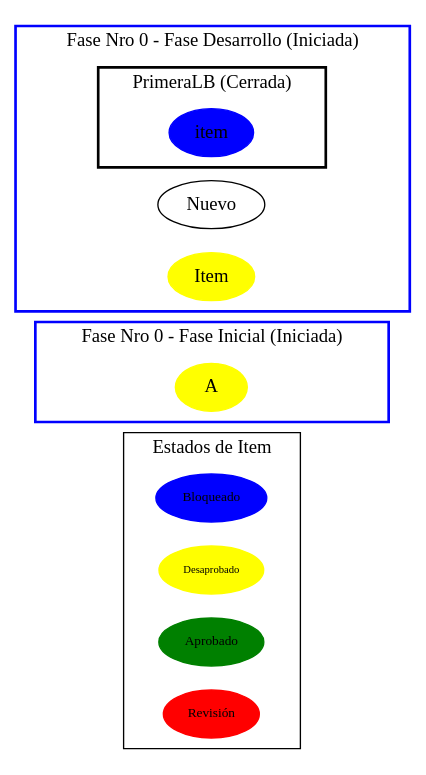
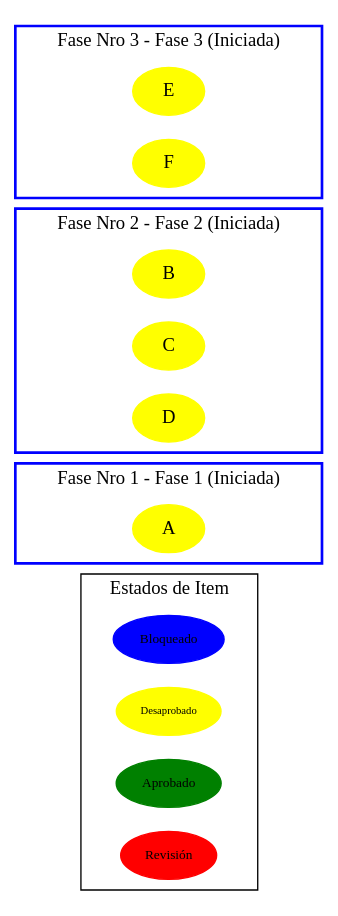
One commit to amigleon92/ProyectoIS2 changed the diagram in grafico_proyecto.dot. Above: the diagram before and after it, drawn with Graphviz. The commit also changed 2 other files, not shown here.

```diff
--- a/grafico_proyecto.dot
+++ b/grafico_proyecto.dot
@@ -1,39 +1,35 @@
 digraph G {
      // Informacion de Proyecto
      subgraph cluster0 {
          label = "Estados de Item";
          color=black;
          Bloqueado[style=filled, width="1", color=blue, fontsize=10];
          Desaprobado[style=filled, width="1", color=yellow,fontsize=8];
          Aprobado[style=filled, width="1", color=green,fontsize=10];
          Revisión[style=filled, width="1", color=red,fontsize=10];
      }
      // Fases
      rankdir=LR;//orientacion
      ranksep=1.0;//separacion
      subgraph cluster1 {
-         label = "Fase Nro 0 - Fase Inicial (Iniciada) ";
+         label = "Fase Nro 1 - Fase 1 (Iniciada) ";
          style=bold;
          color=blue;
              A[style=filled, color=yellow];
      }
      subgraph cluster2 {
-         label = "Fase Nro 0 - Fase Desarrollo (Iniciada) ";
+         label = "Fase Nro 2 - Fase 2 (Iniciada) ";
          style=bold;
          color=blue;
-         //Lineas Bases
-             subgraph cluster3 {
-                 label = "PrimeraLB (Cerrada) ";
-                 style=bold;
-                 color=black;
-                 item[style=filled, color=blue];
-             }
-             Nuevo Item[style=filled, color=yellow];
+             B[style=filled, color=yellow];
+             C[style=filled, color=yellow];
+             D[style=filled, color=yellow];
      }
-     subgraph cluster4 {
-         label = "Fase Nro 0 - Fase Final (Iniciada) ";
+     subgraph cluster3 {
+         label = "Fase Nro 3 - Fase 3 (Iniciada) ";
          style=bold;
          color=blue;
-             A[style=filled, color=yellow];
+             E[style=filled, color=yellow];
+             F[style=filled, color=yellow];
      }
 }
```
